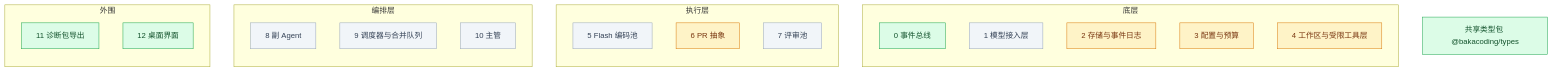
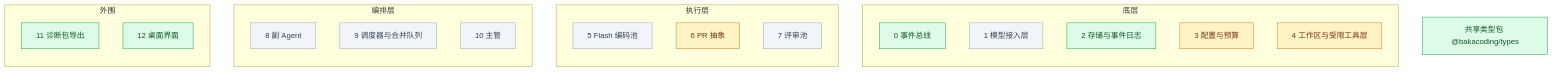
One commit to Akarin7784/BakaCoding changed the diagram in docs/progress.md. Above: the diagram before and after it, drawn with Mermaid. The commit also changed other lines of this file, not shown here.

````diff
--- a/docs/progress.md
+++ b/docs/progress.md
@@ -11,33 +11,33 @@
 ```mermaid
 flowchart BT
   subgraph 底层
     M0[0 事件总线]
     M1[1 模型接入层]
     M2[2 存储与事件日志]
     M3[3 配置与预算]
     M4[4 工作区与受限工具层]
   end
   subgraph 执行层
     M5[5 Flash 编码池]
     M6[6 PR 抽象]
     M7[7 评审池]
   end
   subgraph 编排层
     M8[8 副 Agent]
     M9[9 调度器与合并队列]
     M10[10 主管]
   end
   subgraph 外围
     M11[11 诊断包导出]
     M12[12 桌面界面]
   end
   T[共享类型包 @bakacoding/types]
 
   classDef todo fill:#f1f5f9,stroke:#94a3b8,color:#334155
   classDef doing fill:#fef3c7,stroke:#d97706,color:#78350f
   classDef done fill:#dcfce7,stroke:#16a34a,color:#14532d
 
-  class M0,M11,M12,T done
-  class M2,M3,M4,M6 doing
+  class M0,M2,M11,M12,T done
+  class M3,M4,M6 doing
   class M1,M5,M7,M8,M9,M10 todo
 ```
````
